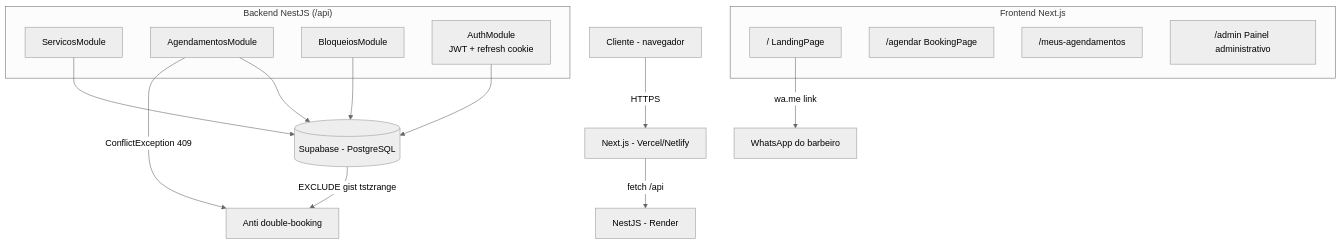
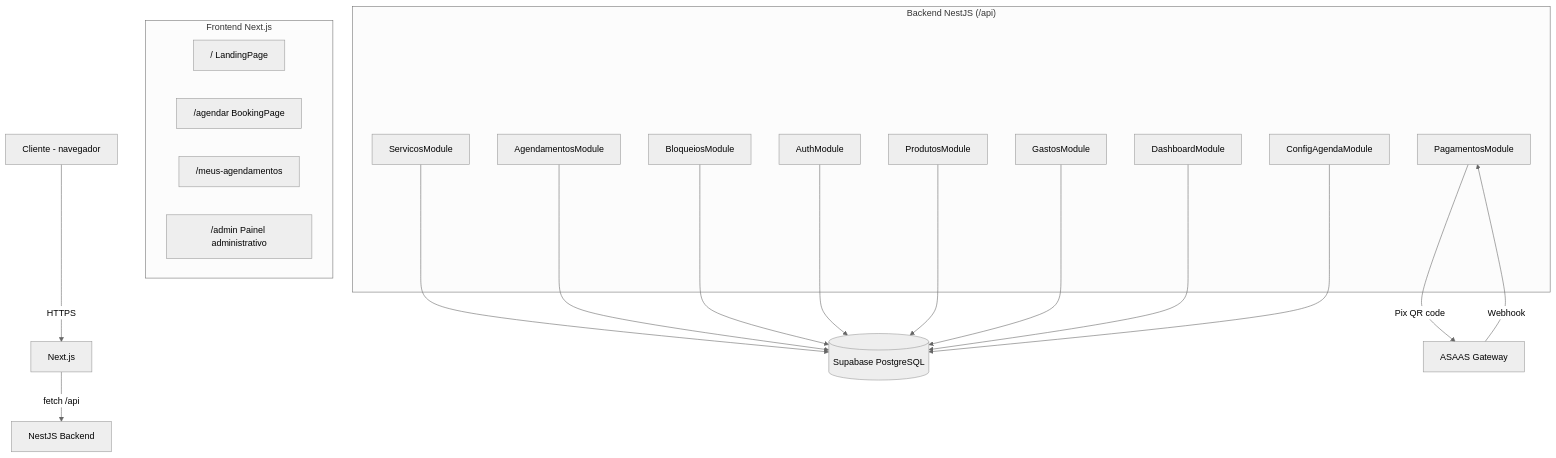
One commit to diego-abuv/MakeupApp changed the diagram in README.md. Above: the diagram before and after it, drawn with Mermaid (neutral theme). The commit also changed other lines of this file, not shown here.

Commit message:
docs: rewrite README for MakeupApp — ASAAS Pix, config_agenda, 48 tests, full API reference

````diff
--- a/README.md
+++ b/README.md
@@ -53,30 +55,36 @@
 ```mermaid
 graph TD
-    U[Cliente - navegador] -->|HTTPS| F[Next.js - Vercel/Netlify]
+    U[Cliente - navegador] -->|HTTPS| F[Next.js]
 
     subgraph "Frontend Next.js"
         L["/ LandingPage"]
         A["/agendar BookingPage"]
         M["/meus-agendamentos"]
         AD["/admin Painel administrativo"]
     end
 
-    F -->|fetch /api| API["NestJS - Render"]
+    F -->|fetch /api| API["NestJS Backend"]
 
     subgraph "Backend NestJS (/api)"
         SC[ServicosModule]
         AG[AgendamentosModule]
         BL[BloqueiosModule]
-        AU[AuthModule<br/>JWT + refresh cookie]
+        PG[PagamentosModule]
+        AU[AuthModule]
+        PR[ProdutosModule]
+        GA[GastosModule]
+        DB[DashboardModule]
+        CF[ConfigAgendaModule]
     end
 
-    SC --> SB[(Supabase - PostgreSQL)]
+    SC --> SB[(Supabase PostgreSQL)]
     AG --> SB
     BL --> SB
+    PG -->|Pix QR code| AA[ASAAS Gateway]
+    AA -->|Webhook| PG
     AU --> SB
-
-    SB -->|EXCLUDE gist tstzrange| CONST["Anti double-booking"]
-    AG -->|ConflictException 409| CONST
-
-    L -->|wa.me link| WA["WhatsApp do barbeiro"]
+    PR --> SB
+    GA --> SB
+    DB --> SB
+    CF --> SB
 ```
````
